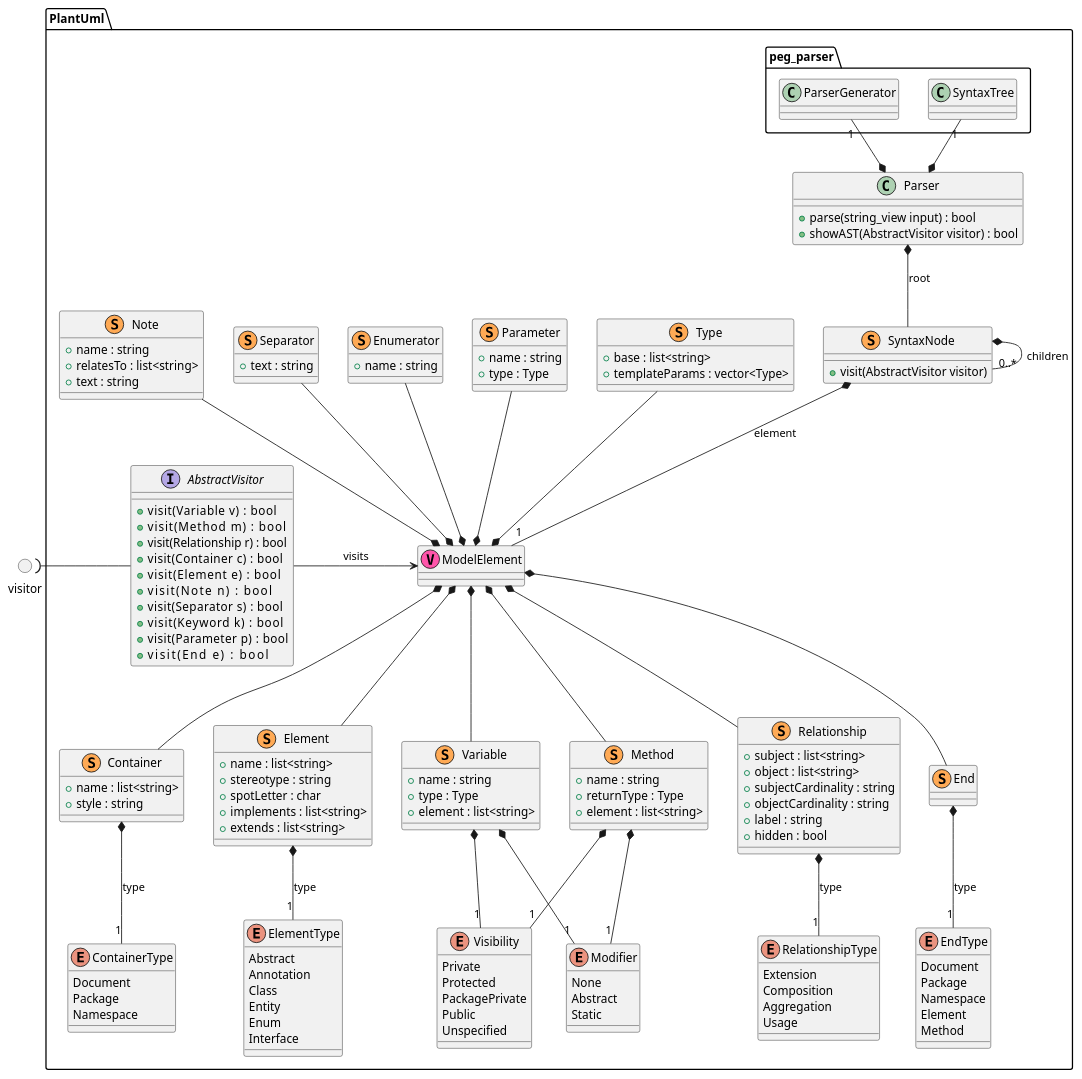
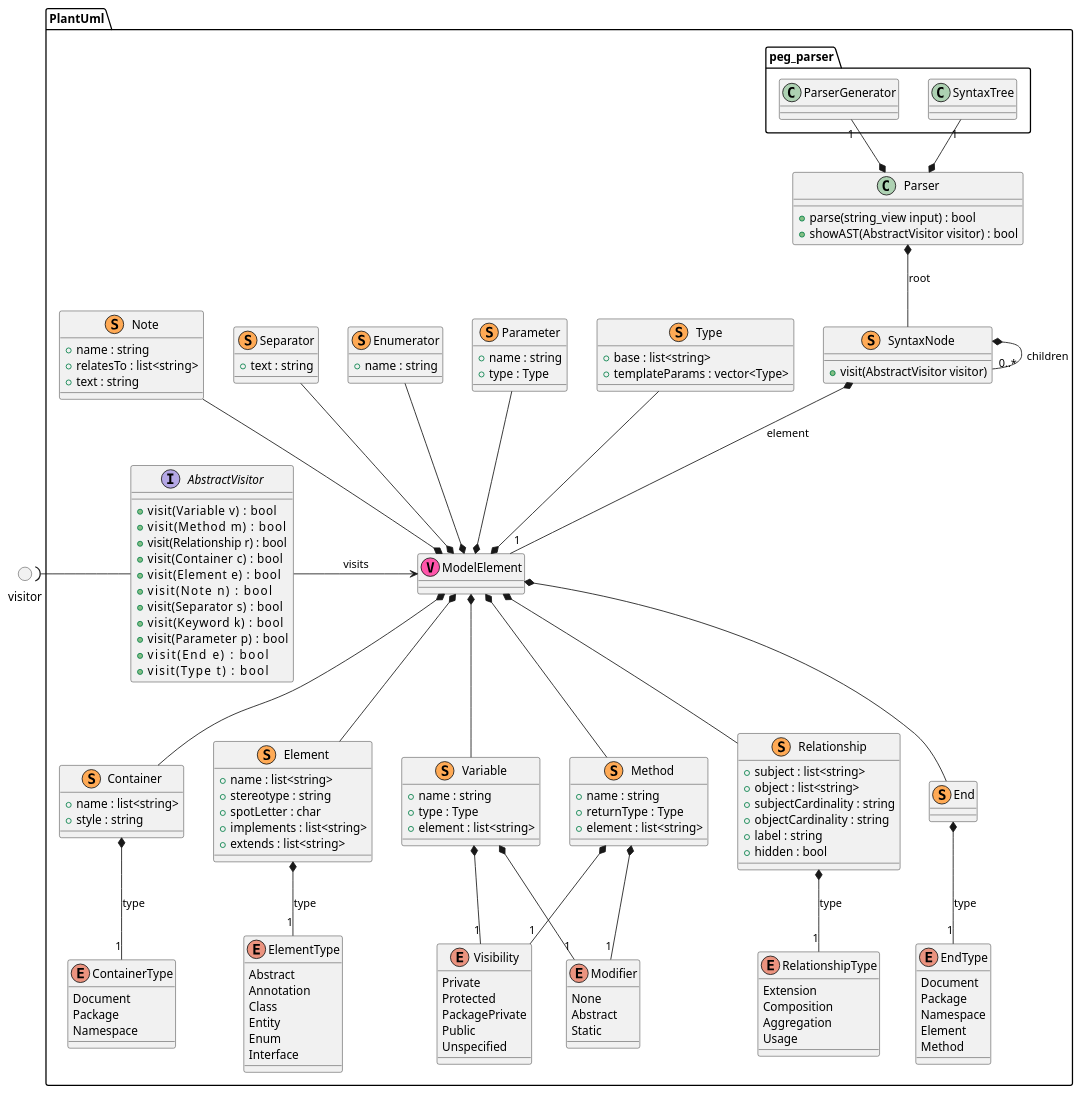
The diagram in models/PlantUml.puml (jteuber/PlantUML2Cpp), drawn with PlantUML before and after one commit. The commit also changed 4 other files, not shown here.

```diff
--- a/models/PlantUml.puml
+++ b/models/PlantUml.puml
@@ -1,167 +1,168 @@
 @startuml PlantUml
 
 namespace PlantUml {
 
     interface AbstractVisitor {
         +visit(Variable v)     : bool
         +visit(Method m)       : bool
         +visit(Relationship r) : bool
         +visit(Container c)    : bool
         +visit(Element e)      : bool
         +visit(Note n)         : bool
         +visit(Separator s)    : bool
         +visit(Keyword k)      : bool
         +visit(Parameter p)    : bool
         +visit(End e)          : bool
+        +visit(Type t)         : bool
     }
 
     class Parser
     {
         +parse(string_view input) : bool
         +showAST(AbstractVisitor visitor) : bool
     }
 
     class ModelElement << (V,#FF55AA) >>
 
     class Container << (S,#FFAA55) >>
     {
         +name : list<string>
         +style : string
     }
     enum ContainerType {
         Document
         Package
         Namespace
     }
 
     class Element << (S,#FFAA55) >>
     {
         +name : list<string>
         +stereotype : string
         +spotLetter : char
         +implements : list<string>
         +extends : list<string>
     }
     enum ElementType {
         Abstract
         Annotation
         Class
         Entity
         Enum
         Interface
     }
 
     class Variable << (S,#FFAA55) >>
     {
         +name : string
         +type : Type
         +element : list<string>
     }
     class Method << (S,#FFAA55) >>
     {
         +name : string
         +returnType : Type
         +element : list<string>
     }
     class Parameter << (S,#FFAA55) >>
     {
         +name : string
         +type : Type
     }
     class Separator << (S,#FFAA55) >>
     {
         +text : string
     }
     class Enumerator << (S,#FFAA55) >>
     {
         +name : string
     }
     class Type << (S,#FFAA55) >>
     {
         +base : list<string>
         +templateParams : vector<Type>
     }
     class Relationship << (S,#FFAA55) >>
     {
         +subject : list<string>
         +object : list<string>
         +subjectCardinality : string
         +objectCardinality : string
         +label : string
         +hidden : bool
     }
     enum RelationshipType {
         Extension
         Composition
         Aggregation
         Usage
     }
     class Note << (S,#FFAA55) >>
     {
         +name : string
         +relatesTo : list<string>
         +text : string
     }
     enum Visibility {
         Private
         Protected
         PackagePrivate
         Public
         Unspecified
     }
     enum Modifier {
         None
         Abstract
         Static
     }
     class End<< (S,#FFAA55) >>
     enum EndType
     {
         Document
         Package
         Namespace
         Element
         Method
     }
 
     class SyntaxNode << (S,#FFAA55) >>
     {
         +visit(AbstractVisitor visitor)
     }
 
     Parser *-- SyntaxNode : root
 
     SyntaxNode *-- "0..*" SyntaxNode : children
     SyntaxNode *-- "1" ModelElement : element
 
     ModelElement *-up- Note
     ModelElement *-up- Separator
     ModelElement *-up- Enumerator
     ModelElement *-up- Parameter
     ModelElement *-up- Type
     ModelElement *-- Container
     ModelElement *-- Element
     ModelElement *-- Relationship
     ModelElement *-- Variable
     ModelElement *-- Method
     ModelElement *-- End
 
     Element *-- "1" ElementType : type
     Container *-- "1" ContainerType  : type
     Variable *-- "1" Visibility
     Variable *-- "1" Modifier
     Method *-- "1" Visibility
     Method *-- "1" Modifier
     End *-- "1" EndType : type
     Relationship *-- "1" RelationshipType : type
 
     AbstractVisitor -right-> ModelElement : visits
 
     Parser *-up- "1" peg_parser.SyntaxTree
     Parser *-up- "1" peg_parser.ParserGenerator
 }
 
 () visitor
 PlantUml.AbstractVisitor -left-( visitor
 
 @enduml
```
